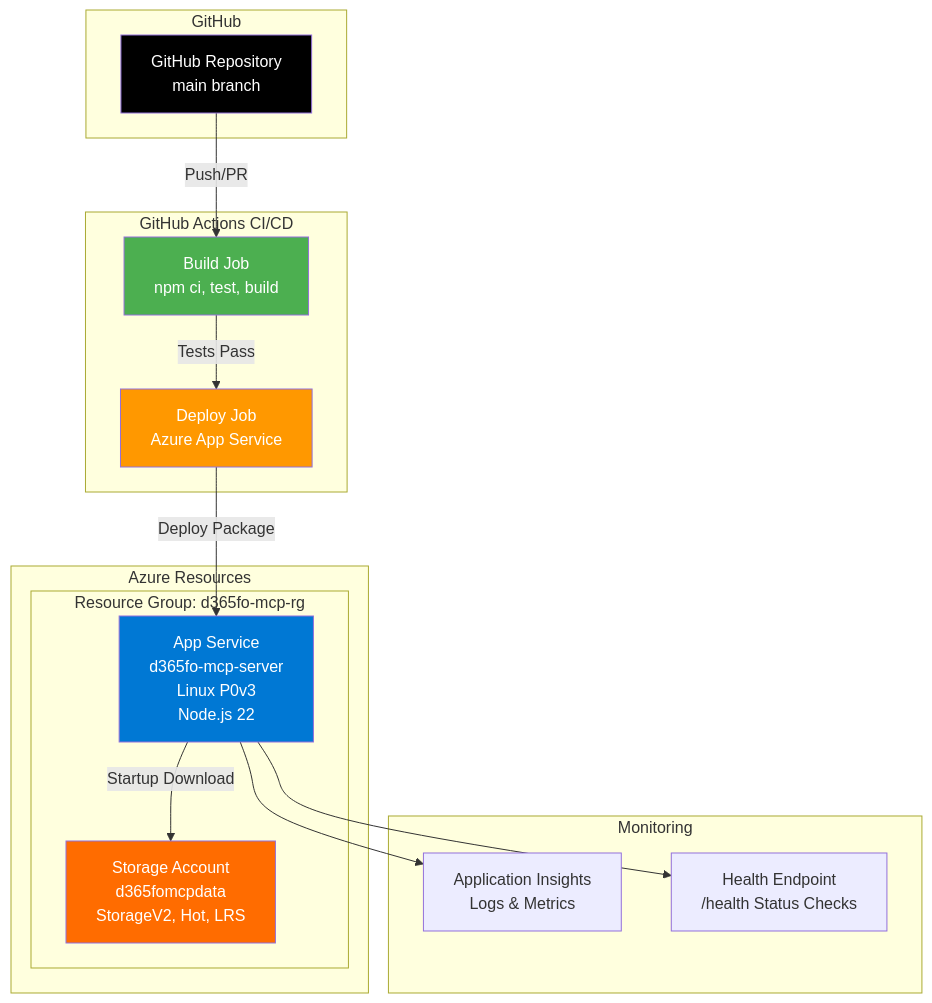
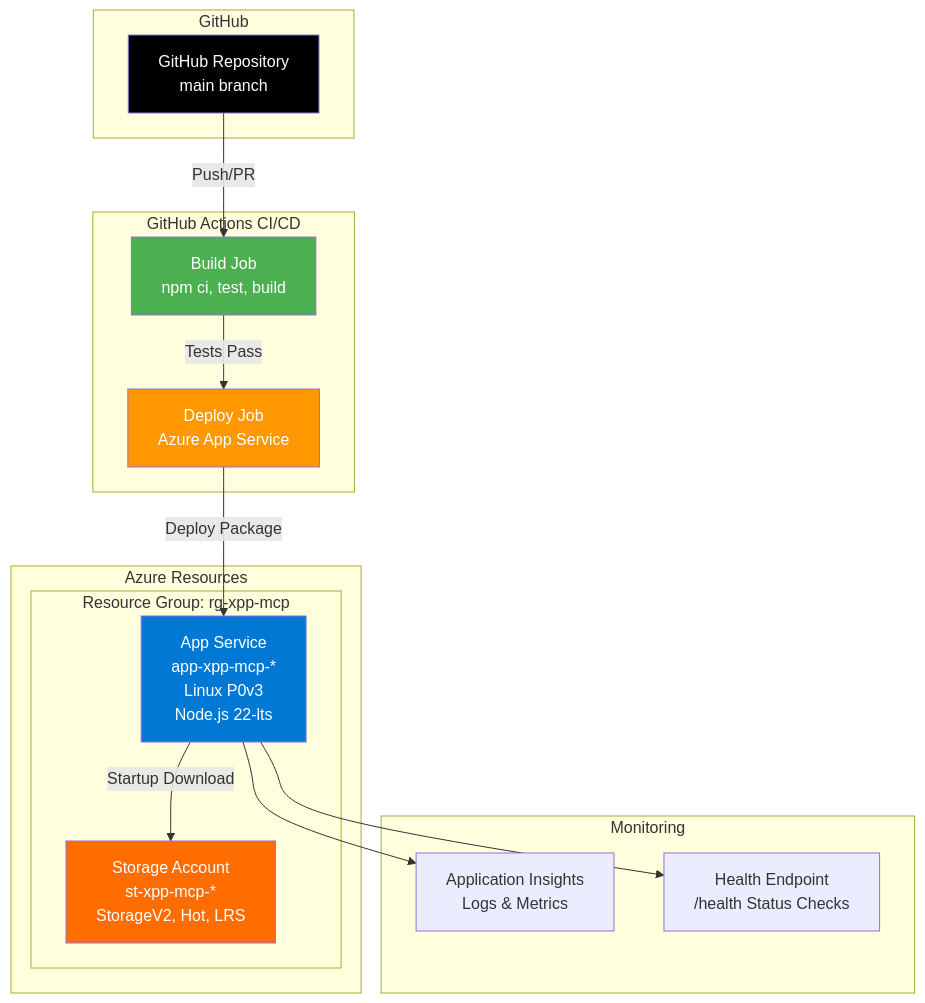
Before and after one commit to dynamics365ninja/d365fo-mcp-server: the seventh of 16 diagrams in docs/ARCHITECTURE.md, drawn with Mermaid. The commit also changed other lines of this file and 11 other files, not shown here.

````diff
--- a/docs/ARCHITECTURE.md
+++ b/docs/ARCHITECTURE.md
@@ -252,36 +260,36 @@
 ```mermaid
 graph TB
     subgraph "GitHub"
         REPO[GitHub Repository<br/>main branch]
     end
 
     subgraph "GitHub Actions CI/CD"
         BUILD[Build Job<br/>npm ci, test, build]
         DEPLOY[Deploy Job<br/>Azure App Service]
     end
 
     subgraph "Azure Resources"
-        subgraph "Resource Group: d365fo-mcp-rg"
-            APP[App Service<br/>d365fo-mcp-server<br/>Linux P0v3<br/>Node.js 22]
-            STORAGE[Storage Account<br/>d365fomcpdata<br/>StorageV2, Hot, LRS]
+        subgraph "Resource Group: rg-xpp-mcp"
+            APP[App Service<br/>app-xpp-mcp-*<br/>Linux P0v3<br/>Node.js 22-lts]
+            STORAGE[Storage Account<br/>st-xpp-mcp-*<br/>StorageV2, Hot, LRS]
         end
     end
 
     subgraph "Monitoring"
         LOGS[Application Insights<br/>Logs & Metrics]
         HEALTH[Health Endpoint<br/>/health Status Checks]
     end
 
     REPO -->|Push/PR| BUILD
     BUILD -->|Tests Pass| DEPLOY
     DEPLOY -->|Deploy Package| APP
     APP -->|Startup Download| STORAGE
     APP --> LOGS
     APP --> HEALTH
     
     style REPO fill:#000,color:#fff
     style BUILD fill:#4CAF50,color:#fff
     style DEPLOY fill:#FF9800,color:#fff
     style APP fill:#0078D4,color:#fff
     style STORAGE fill:#FF6C00,color:#fff
 ```
````
